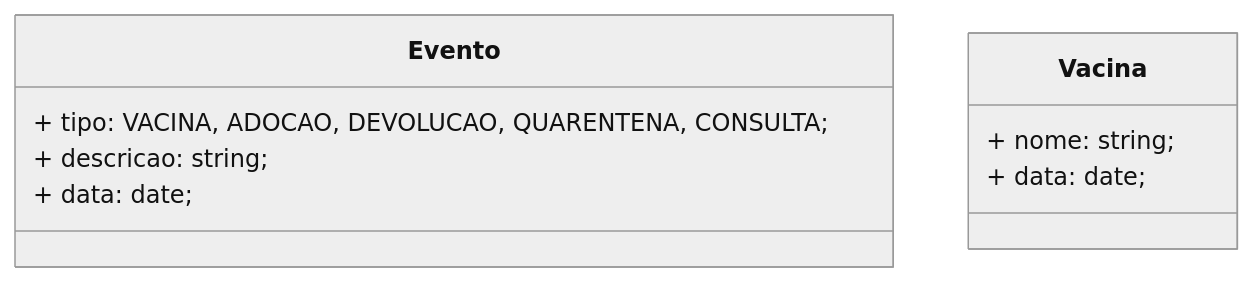
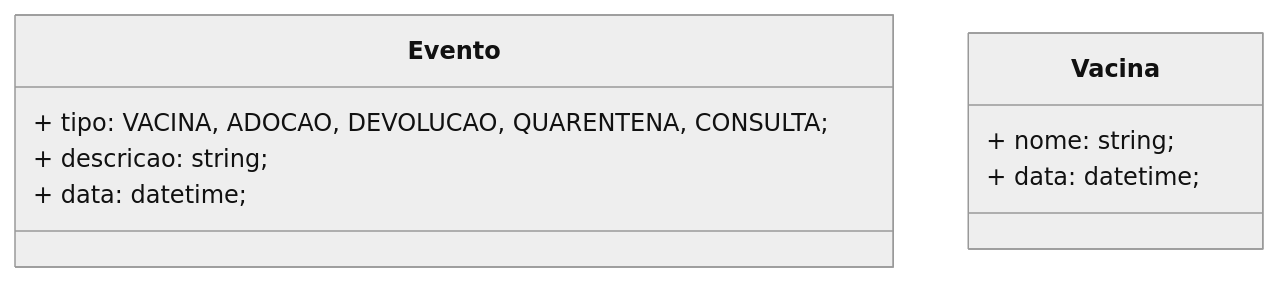
Before and after one commit to Alisson014/projeto-1-poo-sistema-adocao-animais: the eighth of 8 diagrams in docs/uml.md, drawn with Mermaid (neutral theme). The commit also changed other lines of this file and 2 other files, not shown here.

Commit message:
docs: update documentation to include tests and uml updates

````diff
--- a/docs/uml.md
+++ b/docs/uml.md
@@ -310,14 +310,13 @@
 ```mermaid
 classDiagram
     class Evento {
         + tipo: VACINA, ADOCAO, DEVOLUCAO, QUARENTENA, CONSULTA;
         + descricao: string;
-        + data: date;
+        + data: datetime;
     }
 
     class Vacina {
         + nome: string;
-        + data: date;
+        + data: datetime;
     }
-
 ```
````
